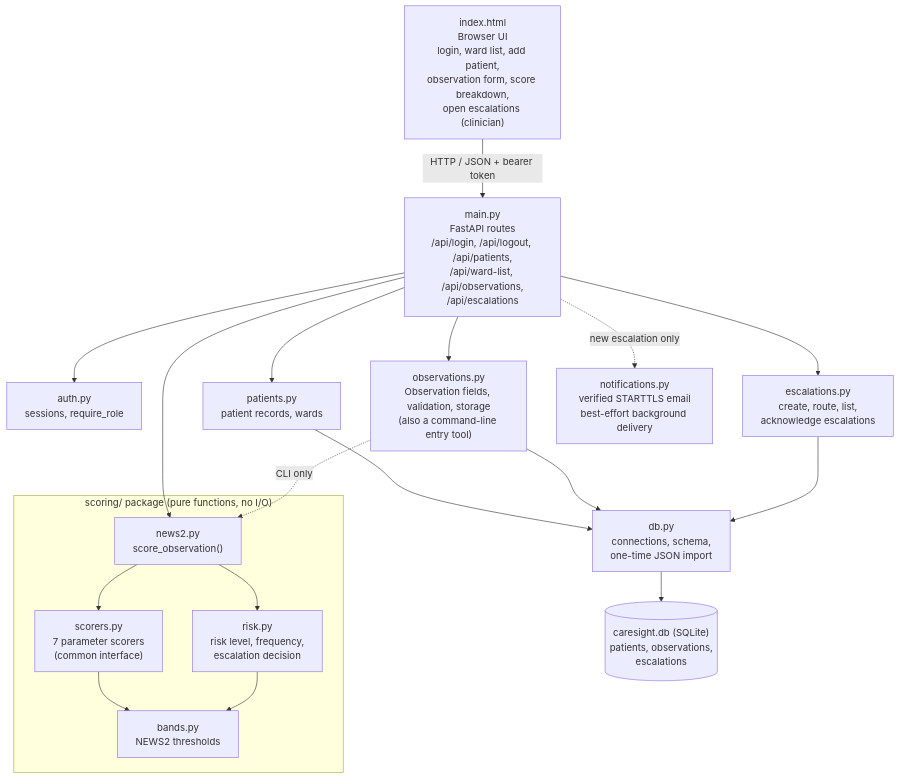
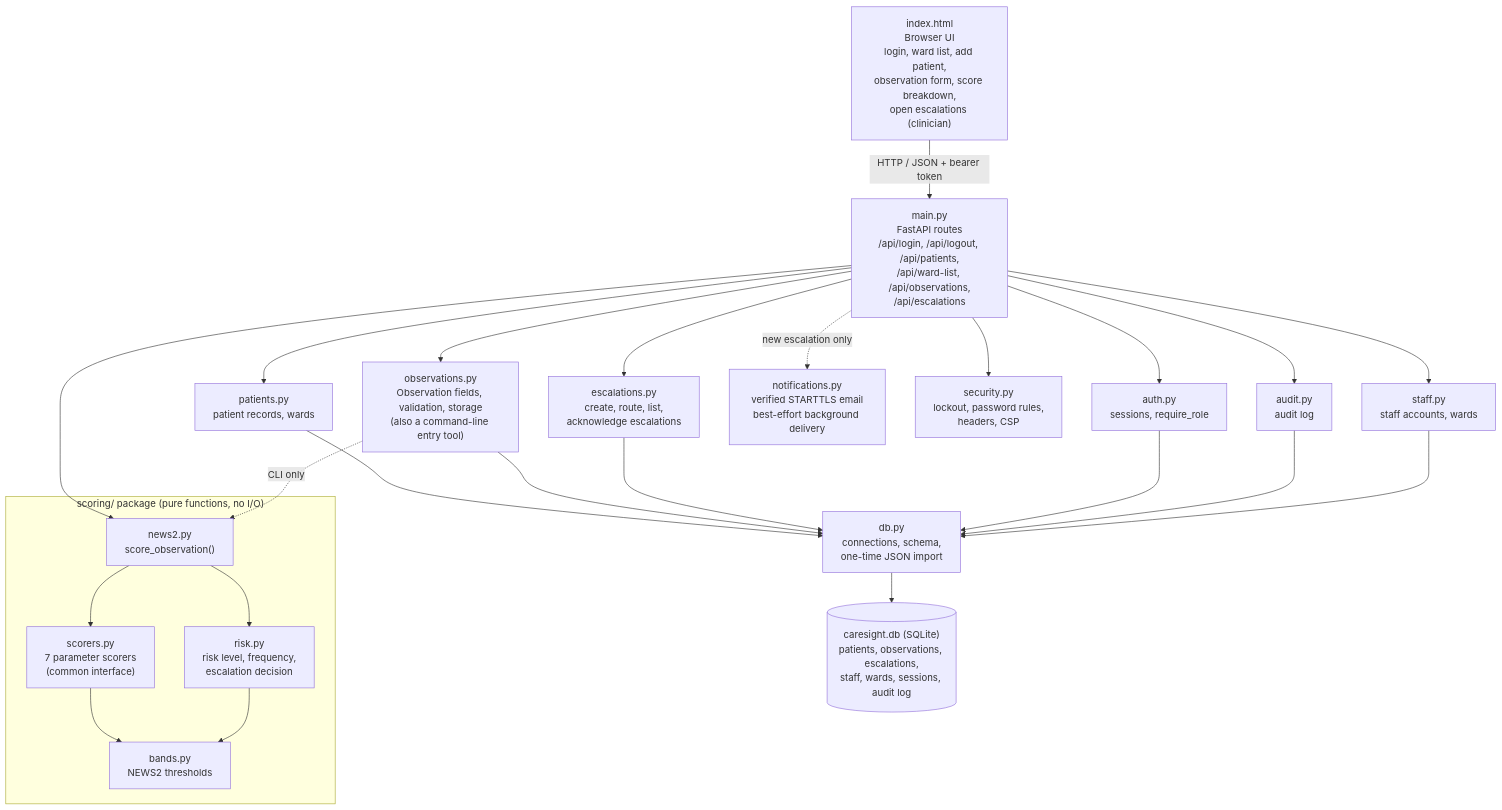
One commit to n85mith/COMP3415-GROUP_PROJECT changed the diagram in docs/ARCHITECTURE.md. Above: the diagram before and after it, drawn with Mermaid. The commit also changed other lines of this file and 4 other files, not shown here.

Commit message:
docs: README, auth, architecture, testing and backlog for the integrated P4 release

````diff
--- a/docs/ARCHITECTURE.md
+++ b/docs/ARCHITECTURE.md
@@ -5,35 +5,44 @@
 ```mermaid
 flowchart TD
     UI["index.html<br/>Browser UI<br/>login, ward list, add patient,<br/>observation form, score breakdown,<br/>open escalations (clinician)"]
     API["main.py<br/>FastAPI routes<br/>/api/login, /api/logout, /api/patients,<br/>/api/ward-list, /api/observations,<br/>/api/escalations"]
     AUTH["auth.py<br/>sessions, require_role"]
     PAT["patients.py<br/>patient records, wards"]
     OBS["observations.py<br/>Observation fields, validation, storage<br/>(also a command-line entry tool)"]
     ESC["escalations.py<br/>create, route, list,<br/>acknowledge escalations"]
     EMAIL["notifications.py<br/>verified STARTTLS email<br/>best-effort background delivery"]
     subgraph SCORING["scoring/ package (pure functions, no I/O)"]
         NEWS["news2.py<br/>score_observation()"]
         SCORERS["scorers.py<br/>7 parameter scorers<br/>(common interface)"]
         BANDS["bands.py<br/>NEWS2 thresholds"]
         RISK["risk.py<br/>risk level, frequency,<br/>escalation decision"]
     end
     DB["db.py<br/>connections, schema,<br/>one-time JSON import"]
-    STORE[("caresight.db (SQLite)<br/>patients, observations,<br/>escalations")]
+    SEC["security.py<br/>lockout, password rules,<br/>headers, CSP"]
+    AUD["audit.py<br/>audit log"]
+    STAFF["staff.py<br/>staff accounts, wards"]
+    STORE[("caresight.db (SQLite)<br/>patients, observations, escalations,<br/>staff, wards, sessions, audit log")]
 
     UI -- "HTTP / JSON + bearer token" --> API
     API --> AUTH
     API --> PAT
     API --> OBS
     API --> NEWS
     API --> ESC
     API -. "new escalation only" .-> EMAIL
     PAT --> DB
     OBS --> DB
     ESC --> DB
+    API --> SEC
+    API --> AUD
+    API --> STAFF
+    AUTH --> DB
+    AUD --> DB
+    STAFF --> DB
     DB --> STORE
     OBS -.->|CLI only| NEWS
     NEWS --> SCORERS
     NEWS --> RISK
     SCORERS --> BANDS
     RISK --> BANDS
 ```
````
